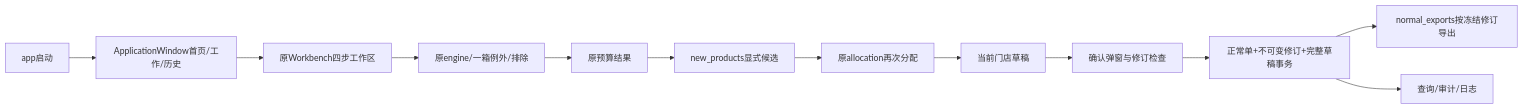
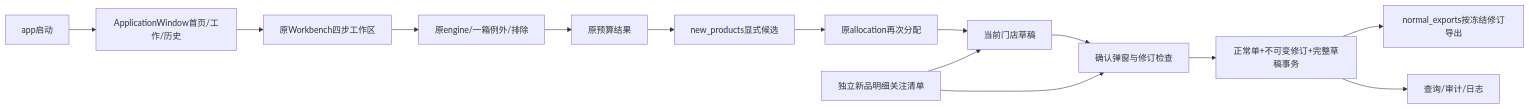
Before and after one commit to SakuraCulture/replenishment-assistant: the diagram in docs/0.7.0正常单与新品.md, drawn with Mermaid. The commit also changed other lines of this file and 14 other files, not shown here.

````diff
--- a/docs/0.7.0正常单与新品.md
+++ b/docs/0.7.0正常单与新品.md
@@ -27,14 +28,16 @@
 ```mermaid
 flowchart LR
   App[app启动] --> Shell[ApplicationWindow首页/工作/历史]
   Shell --> WB[原Workbench四步工作区]
   WB --> Engine[原engine/一箱例外/排除]
   Engine --> Base[原预算结果]
   Base --> NP[new_products显式候选]
   NP --> Budget[原allocation再次分配]
   Budget --> Draft[当前门店草稿]
   Draft --> Confirm[确认弹窗与修订检查]
   Confirm --> DB[正常单+不可变修订+完整草稿事务]
+  Focus[独立新品明细关注清单] --> Draft
+  Focus --> Confirm
   DB --> Export[normal_exports按冻结修订导出]
   DB --> History[查询/审计/日志]
 ```
````
